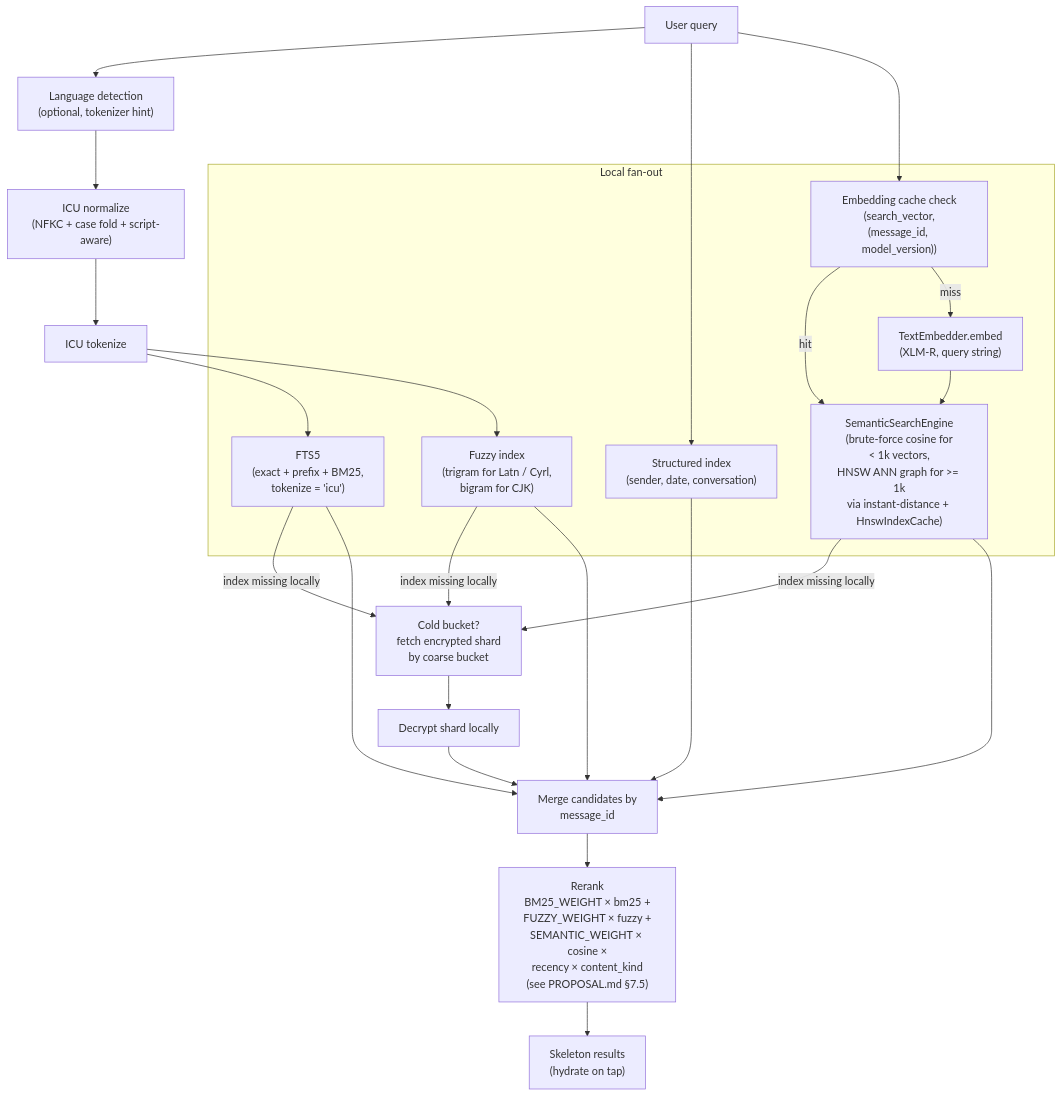
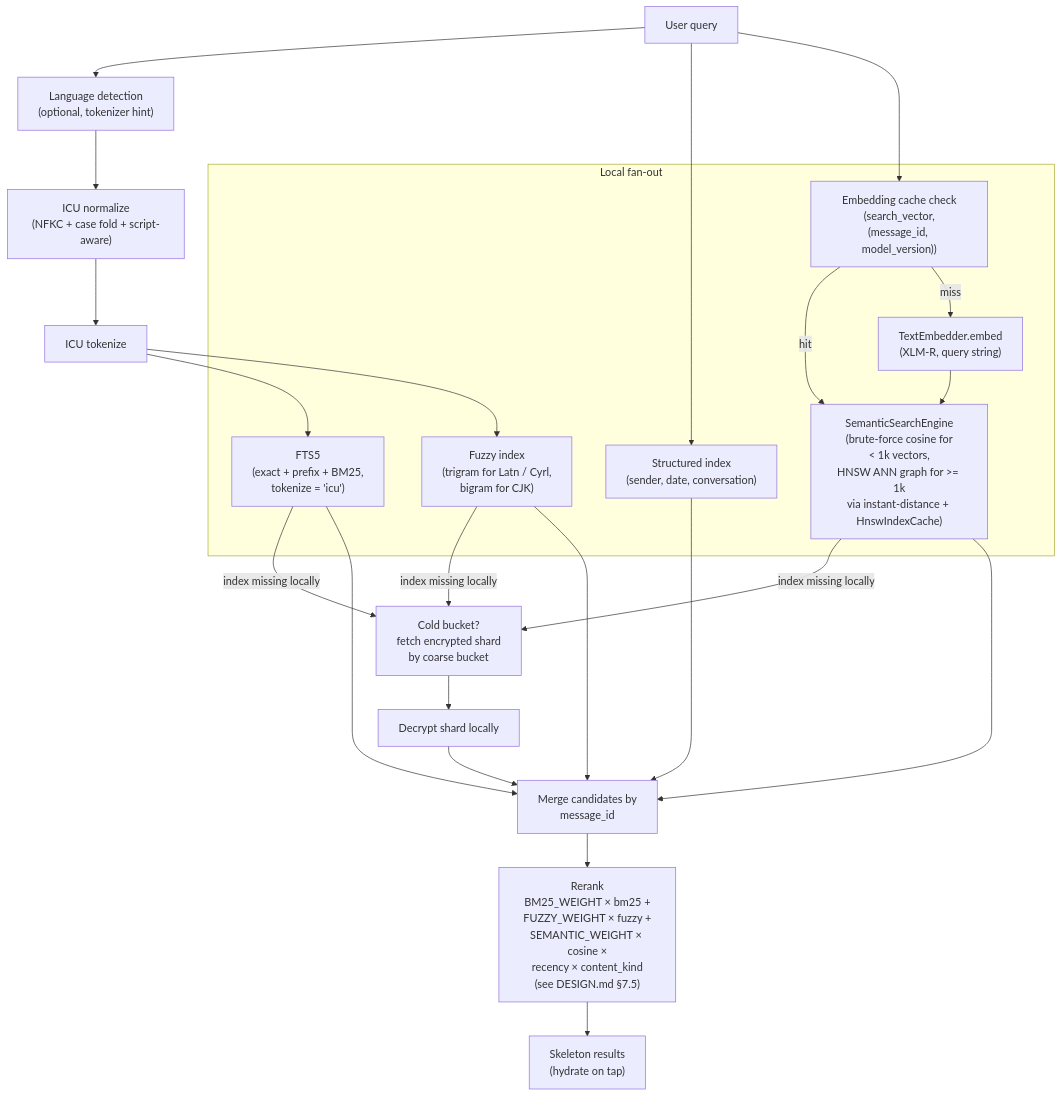
One commit to kennguy3n/chat-storage-search changed diagram 11 of 34 in docs/ARCHITECTURE.md. Above: the diagram before and after it, drawn with Mermaid. The commit also changed other lines of this file and 153 other files, not shown here.

````diff
--- a/docs/ARCHITECTURE.md
+++ b/docs/ARCHITECTURE.md
@@ -453,41 +453,41 @@
 ```mermaid
 flowchart TD
     Q["User query"]
     LD["Language detection<br/>(optional, tokenizer hint)"]
     NORM["ICU normalize<br/>(NFKC + case fold + script-aware)"]
     TOK["ICU tokenize"]
 
     subgraph Local["Local fan-out"]
         FTS["FTS5<br/>(exact + prefix + BM25,<br/>tokenize = 'icu')"]
         FZ["Fuzzy index<br/>(trigram for Latn / Cyrl,<br/>bigram for CJK)"]
         STRUCT["Structured index<br/>(sender, date, conversation)"]
         ECACHE["Embedding cache check<br/>(search_vector,<br/>(message_id, model_version))"]
         EMB["TextEmbedder.embed<br/>(XLM-R, query string)"]
         SEM["SemanticSearchEngine<br/>(brute-force cosine for<br/>&lt; 1k vectors,<br/>HNSW ANN graph for &gt;= 1k<br/>via instant-distance + HnswIndexCache)"]
     end
 
     Cold["Cold bucket?<br/>fetch encrypted shard<br/>by coarse bucket"]
     Decrypt["Decrypt shard locally"]
     Merge["Merge candidates by<br/>message_id"]
-    Rerank["Rerank<br/>BM25_WEIGHT × bm25 +<br/>FUZZY_WEIGHT × fuzzy +<br/>SEMANTIC_WEIGHT × cosine ×<br/>recency × content_kind<br/>(see PROPOSAL.md §7.5)"]
+    Rerank["Rerank<br/>BM25_WEIGHT × bm25 +<br/>FUZZY_WEIGHT × fuzzy +<br/>SEMANTIC_WEIGHT × cosine ×<br/>recency × content_kind<br/>(see DESIGN.md §7.5)"]
     Out["Skeleton results<br/>(hydrate on tap)"]
 
     Q --> LD --> NORM --> TOK
     TOK --> FTS
     TOK --> FZ
     Q --> STRUCT
     Q --> ECACHE
     ECACHE -->|"hit"| SEM
     ECACHE -->|"miss"| EMB
     EMB --> SEM
     FTS -->|"index missing locally"| Cold
     FZ -->|"index missing locally"| Cold
     SEM -->|"index missing locally"| Cold
     Cold --> Decrypt
     Decrypt --> Merge
     FTS --> Merge
     FZ --> Merge
     STRUCT --> Merge
     SEM --> Merge
     Merge --> Rerank --> Out
 ```
````
